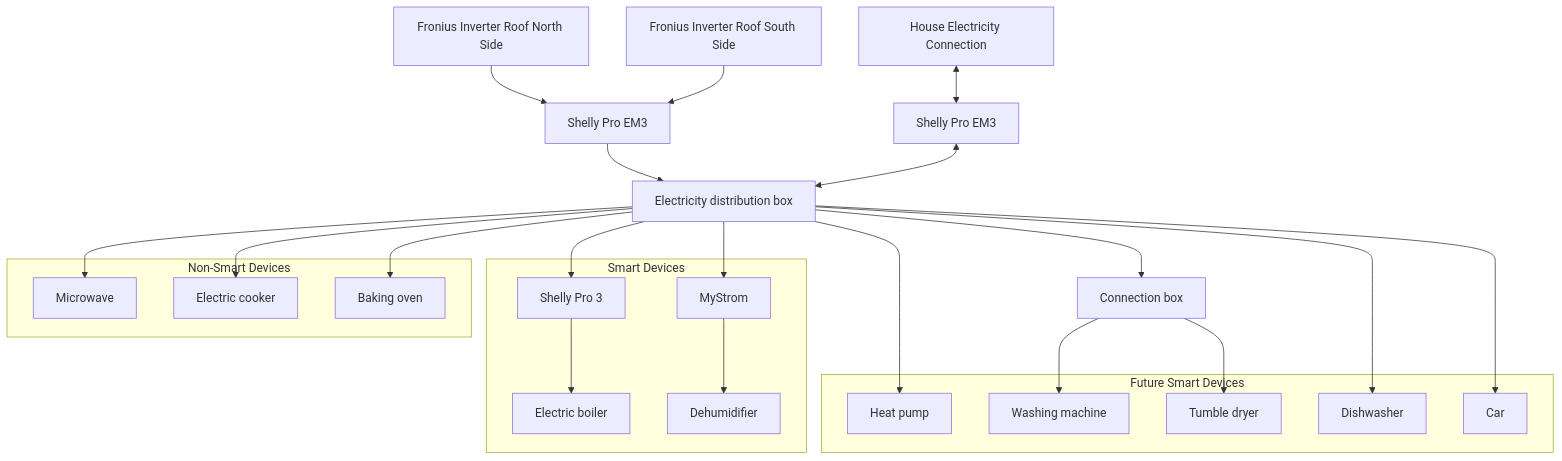
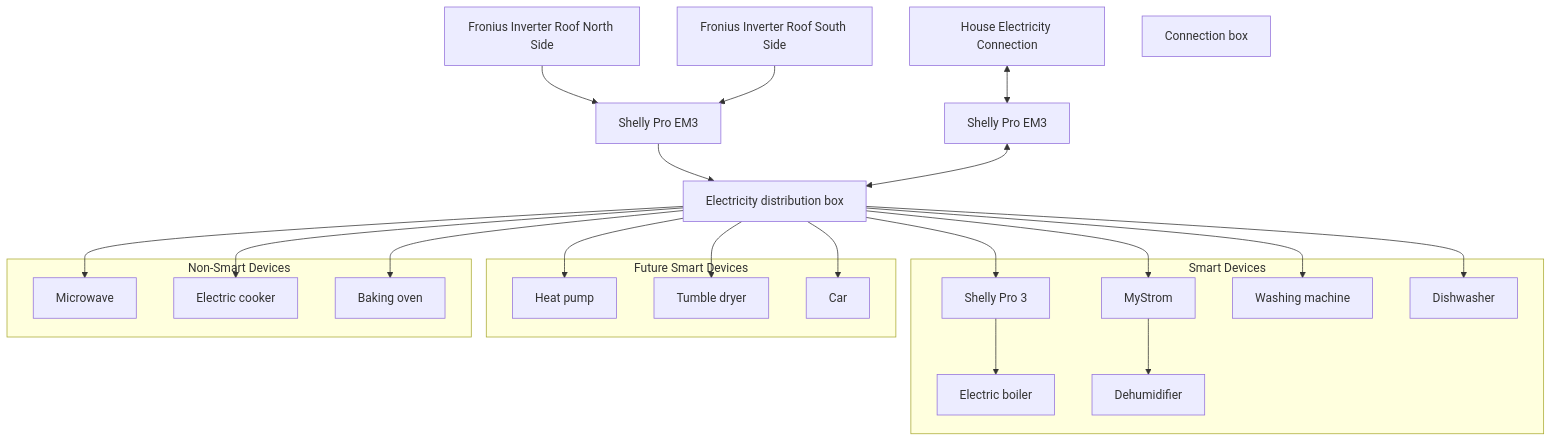
The first of 2 diagrams in README.md (hoinmic/pv_openhab), drawn with Mermaid before and after one commit. The commit also changed other lines of this file and 10 other files, not shown here.

````diff
--- a/README.md
+++ b/README.md
@@ -77,69 +80,70 @@
 ```mermaid
 graph TD
 A[Fronius Inverter Roof North Side]
 B[Fronius Inverter Roof South Side]
 C[Shelly Pro EM3]
 
 F[House Electricity Connection]
 G[Shelly Pro EM3]
 
 J[Electricity distribution box]
 
 O[Shelly Pro 3]
 P[Electric boiler]
 
 S[MyStrom]
 T[Dehumidifier]
 
 U[Heat pump]
 
 M[Connection box]
 V[Washing machine]
 W[Tumble dryer]
 
 
 N[Microwave]
 X[Electric cooker]
 Y[Baking oven]
 Z[Dishwasher]
 CAR[Car]
 
 A --> C
 B --> C
 C --> J
 
 F <--> G
 G <--> J
 
 J --> O
 J --> S
+J --> V
+J --> Z
 
 subgraph Smart Devices
     O --> P
     S --> T
+    V
+    Z
 end
 
 J --> U
-J --> M
-J --> Z
+J --> W
 J --> CAR
-M --> V
-M --> W
 
 subgraph Future Smart Devices
     U
     V
     W
     Z
     CAR
 end
 
 J --> N
 J --> X
 J --> Y
 subgraph Non-Smart Devices
     N
     X
     Y
 end
 ```
````
